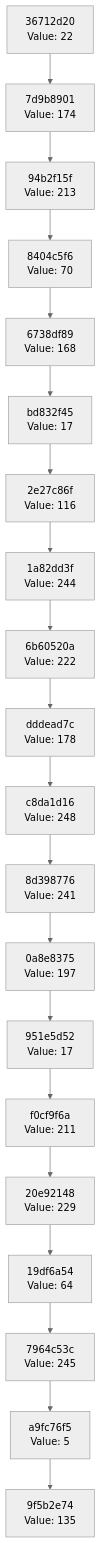
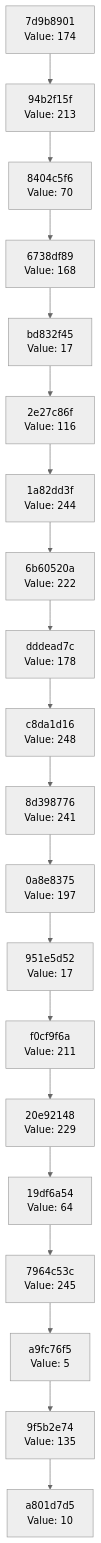
One commit to Abhisheksinha1506/hash-chain-evolver changed the diagram in docs/CHAIN_VISUALIZATION.md. Above: the diagram before and after it, drawn with Mermaid (neutral theme). The commit also changed 3 other files, not shown here.

````diff
--- a/docs/CHAIN_VISUALIZATION.md
+++ b/docs/CHAIN_VISUALIZATION.md
@@ -3,42 +3,42 @@
 ```mermaid
 graph TD
-    C0["9f5b2e74<br/>Value: 135"]
-    C1["a9fc76f5<br/>Value: 5"]
+    C0["a801d7d5<br/>Value: 10"]
+    C1["9f5b2e74<br/>Value: 135"]
     C1 --> C0
-    C2["7964c53c<br/>Value: 245"]
+    C2["a9fc76f5<br/>Value: 5"]
     C2 --> C1
-    C3["19df6a54<br/>Value: 64"]
+    C3["7964c53c<br/>Value: 245"]
     C3 --> C2
-    C4["20e92148<br/>Value: 229"]
+    C4["19df6a54<br/>Value: 64"]
     C4 --> C3
-    C5["f0cf9f6a<br/>Value: 211"]
+    C5["20e92148<br/>Value: 229"]
     C5 --> C4
-    C6["951e5d52<br/>Value: 17"]
+    C6["f0cf9f6a<br/>Value: 211"]
     C6 --> C5
-    C7["0a8e8375<br/>Value: 197"]
+    C7["951e5d52<br/>Value: 17"]
     C7 --> C6
-    C8["8d398776<br/>Value: 241"]
+    C8["0a8e8375<br/>Value: 197"]
     C8 --> C7
-    C9["c8da1d16<br/>Value: 248"]
+    C9["8d398776<br/>Value: 241"]
     C9 --> C8
-    C10["dddead7c<br/>Value: 178"]
+    C10["c8da1d16<br/>Value: 248"]
     C10 --> C9
-    C11["6b60520a<br/>Value: 222"]
+    C11["dddead7c<br/>Value: 178"]
     C11 --> C10
-    C12["1a82dd3f<br/>Value: 244"]
+    C12["6b60520a<br/>Value: 222"]
     C12 --> C11
-    C13["2e27c86f<br/>Value: 116"]
+    C13["1a82dd3f<br/>Value: 244"]
     C13 --> C12
-    C14["bd832f45<br/>Value: 17"]
+    C14["2e27c86f<br/>Value: 116"]
     C14 --> C13
-    C15["6738df89<br/>Value: 168"]
+    C15["bd832f45<br/>Value: 17"]
     C15 --> C14
-    C16["8404c5f6<br/>Value: 70"]
+    C16["6738df89<br/>Value: 168"]
     C16 --> C15
-    C17["94b2f15f<br/>Value: 213"]
+    C17["8404c5f6<br/>Value: 70"]
     C17 --> C16
-    C18["7d9b8901<br/>Value: 174"]
+    C18["94b2f15f<br/>Value: 213"]
     C18 --> C17
-    C19["36712d20<br/>Value: 22"]
+    C19["7d9b8901<br/>Value: 174"]
     C19 --> C18
 ```
````
